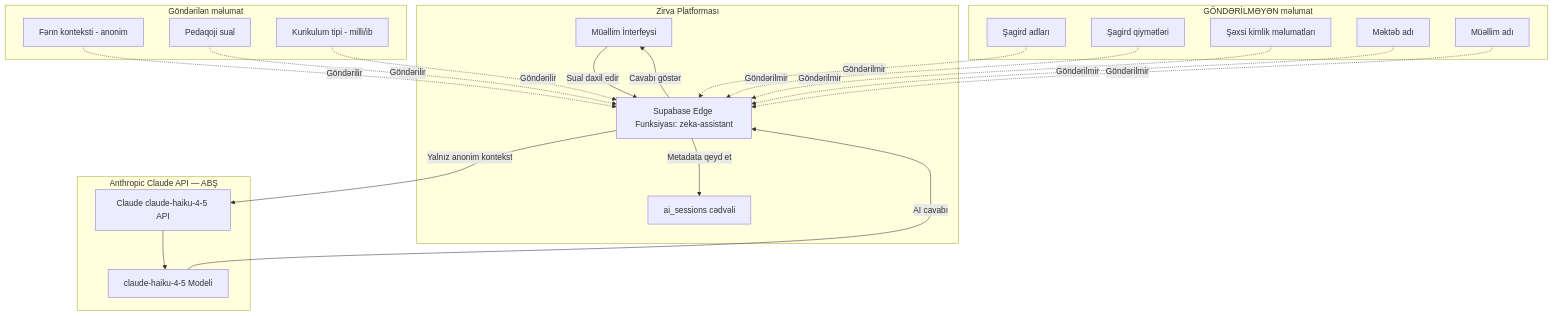
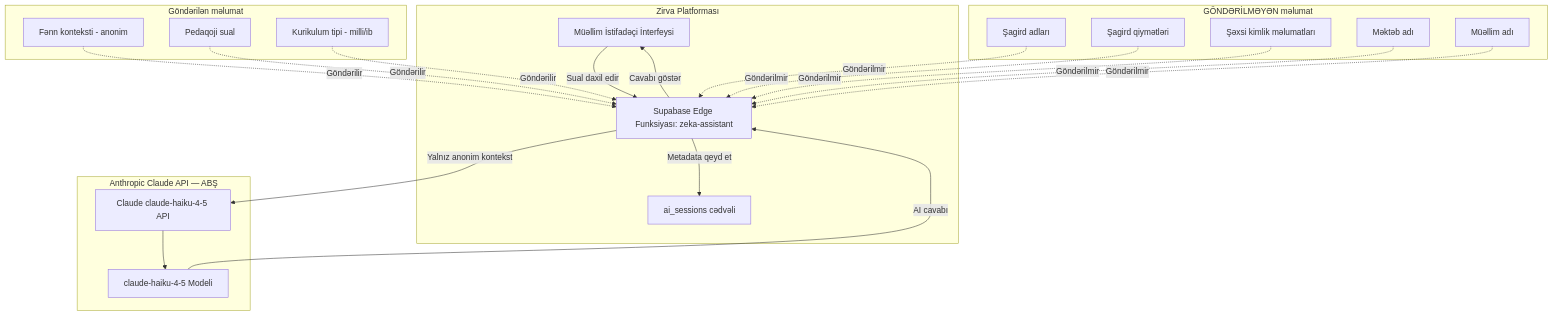
The fourth of 5 diagrams in ministry-submission/az/01-texniki-senedlesdirme.md (sirbxueonline-arch/zekalo), drawn with Mermaid before and after one commit. The commit also changed other lines of this file and 7 other files, not shown here.

````diff
--- a/ministry-submission/az/01-texniki-senedlesdirme.md
+++ b/ministry-submission/az/01-texniki-senedlesdirme.md
@@ -686,36 +686,36 @@
 ```mermaid
 graph TB
     subgraph "Zirva Platforması"
-        T[Müəllim İnterfeysi]
+        T[Müəllim İstifadəçi İnterfeysi]
         EF[Supabase Edge Funksiyası: zeka-assistant]
         LOG[ai_sessions cədvəli]
     end
 
     subgraph "Anthropic Claude API — ABŞ"
         API[Claude claude-haiku-4-5 API]
         MODEL[claude-haiku-4-5 Modeli]
     end
 
     subgraph "Göndərilən məlumat"
         P1[Fənn konteksti - anonim]
         P2[Pedaqoji sual]
         P3[Kurikulum tipi - milli/ib]
     end
 
     subgraph "GÖNDƏRİLMƏYƏN məlumat"
         NP1[Şagird adları]
         NP2[Şagird qiymətləri]
         NP3[Şəxsi kimlik məlumatları]
         NP4[Məktəb adı]
         NP5[Müəllim adı]
     end
 
     T -->|Sual daxil edir| EF
     EF -->|Yalnız anonim kontekst| API
     API --> MODEL
     MODEL -->|AI cavabı| EF
     EF -->|Cavabı göstər| T
     EF -->|Metadata qeyd et| LOG
     P1 & P2 & P3 -.->|Göndərilir| EF
     NP1 & NP2 & NP3 & NP4 & NP5 -.->|Göndərilmir| EF
 ```
````
